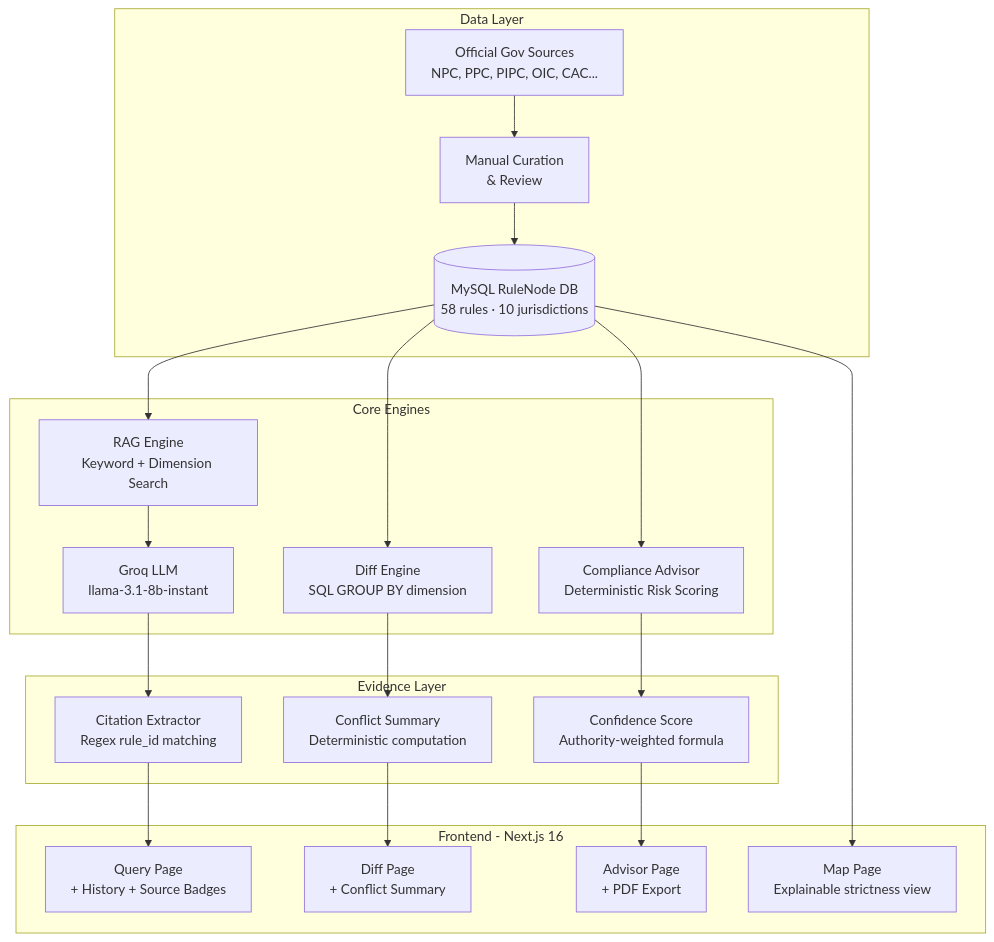
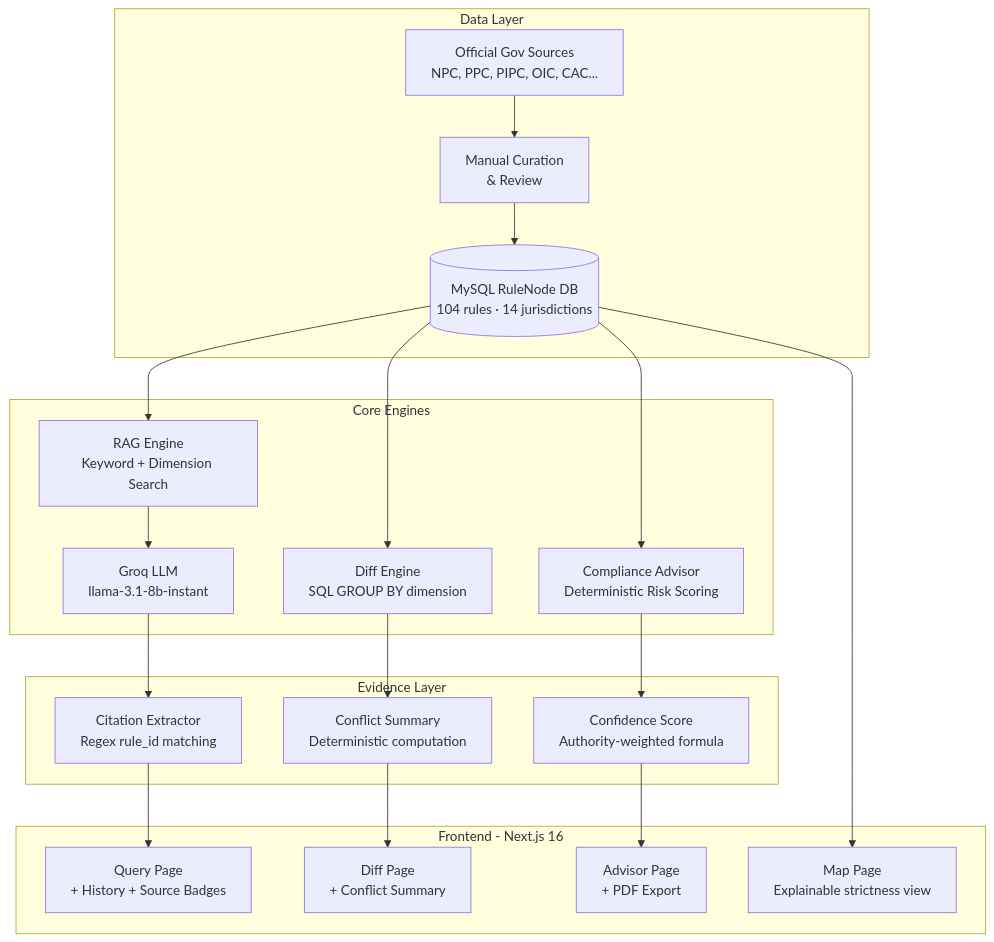
Before and after one commit to tinystrack/regulink-asia: the diagram in README.md, drawn with Mermaid. The commit also changed other lines of this file and 21 other files, not shown here.

Commit message:
feat: add AU/MY/PH/NZ, 104 rules, 14 jurisdictions, 10 dimensions

````diff
--- a/README.md
+++ b/README.md
@@ -41,27 +41,27 @@
 ```mermaid
 graph TB
     subgraph "Data Layer"
         A[Official Gov Sources\nNPC, PPC, PIPC, OIC, CAC...] --> B[Manual Curation\n& Review]
-        B --> C[(MySQL RuleNode DB\n58 rules · 10 jurisdictions)]
+        B --> C[(MySQL RuleNode DB\n104 rules · 14 jurisdictions)]
     end
 
     subgraph "Core Engines"
         C --> D[RAG Engine\nKeyword + Dimension Search]
         C --> E[Diff Engine\nSQL GROUP BY dimension]
         C --> F[Compliance Advisor\nDeterministic Risk Scoring]
         D --> G[Groq LLM\nllama-3.1-8b-instant]
     end
 
     subgraph "Evidence Layer"
         G --> H[Citation Extractor\nRegex rule_id matching]
         E --> I[Conflict Summary\nDeterministic computation]
         F --> J[Confidence Score\nAuthority-weighted formula]
     end
 
     subgraph "Frontend - Next.js 16"
         H --> K[Query Page\n+ History + Source Badges]
         I --> L[Diff Page\n+ Conflict Summary]
         J --> M[Advisor Page\n+ PDF Export]
         C --> N[Map Page\nExplainable strictness view]
     end
 ```
````
